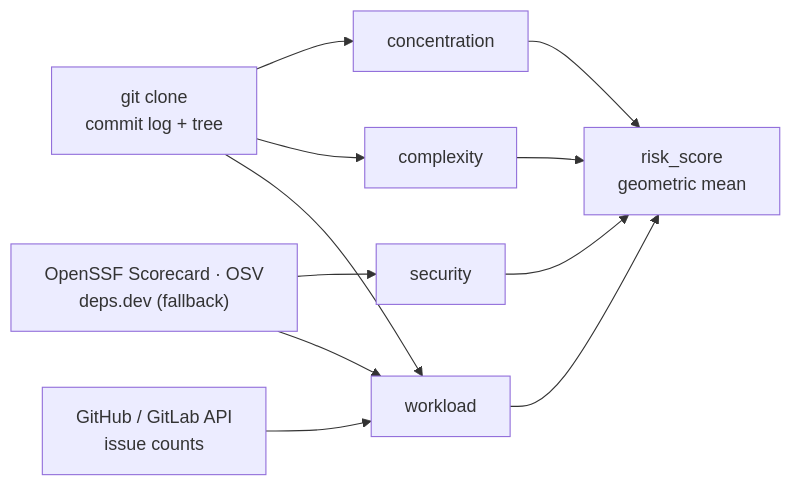
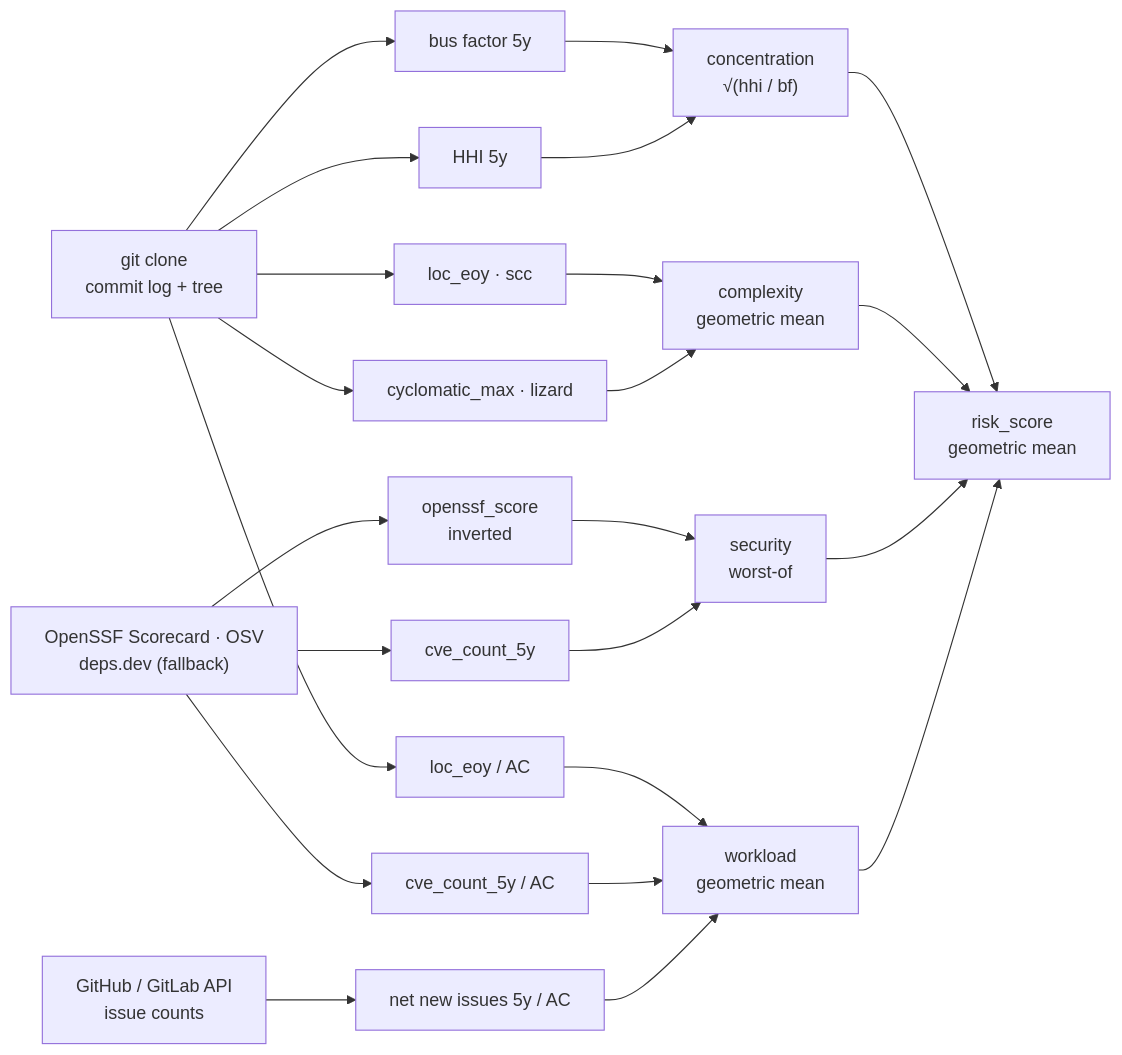
Before and after one commit to osendowment/model: the diagram in docs/risk.md, drawn with Mermaid. The commit also changed other lines of this file and 2 other files, not shown here.

Commit message:
docs: show the scoring metrics inside each diagram node
The three diagrams stopped at dimension and check names, so they said little
the spine table did not. Each now runs source to metric to dimension to
output.

Risk names the metrics that actually score — bus factor and HHI, loc_eoy and
cyclomatic_max, openssf_score and cve_count_5y, the three per-contributor
ratios — and a note lists what each build collects but leaves out of the
score. The diagram now also shows workload reusing complexity's LOC and
security's CVE count, divided by active contributors.

Value shows downloads doing two jobs: selecting the top packages and
personalizing the PageRank. Eligibility breaks the four signal groups into
their real sources, and shows the institutional host feeding both `intent`
and `nonprofit`.

All three rendered through mermaid-cli to check they parse and read cleanly.

````diff
--- a/docs/risk.md
+++ b/docs/risk.md
@@ -31,18 +31,33 @@
 ```mermaid
 graph LR
     clone["git clone<br/>commit log + tree"]
+    sec["OpenSSF Scorecard · OSV<br/>deps.dev (fallback)"]
     host["GitHub / GitLab API<br/>issue counts"]
-    sec["OpenSSF Scorecard · OSV<br/>deps.dev (fallback)"]
 
-    clone --> concentration["concentration"]
-    clone --> complexity["complexity"]
-    sec --> security["security"]
-    clone --> workload["workload"]
-    host --> workload
-    sec --> workload
+    clone --> bf["bus factor 5y"]
+    clone --> hhi["HHI 5y"]
+    bf --> conc["concentration<br/>√(hhi / bf)"]
+    hhi --> conc
 
-    concentration --> risk["risk_score<br/>geometric mean"]
-    complexity --> risk
-    security --> risk
-    workload --> risk
+    clone --> loc["loc_eoy · scc"]
+    clone --> cyc["cyclomatic_max · lizard"]
+    loc --> cx["complexity<br/>geometric mean"]
+    cyc --> cx
+
+    sec --> ossf["openssf_score<br/>inverted"]
+    sec --> cve["cve_count_5y"]
+    ossf --> secu["security<br/>worst-of"]
+    cve --> secu
+
+    clone --> lpa["loc_eoy / AC"]
+    sec --> cpa["cve_count_5y / AC"]
+    host --> npa["net new issues 5y / AC"]
+    lpa --> wl["workload<br/>geometric mean"]
+    cpa --> wl
+    npa --> wl
+
+    conc --> risk["risk_score<br/>geometric mean"]
+    cx --> risk
+    secu --> risk
+    wl --> risk
 ```
````
